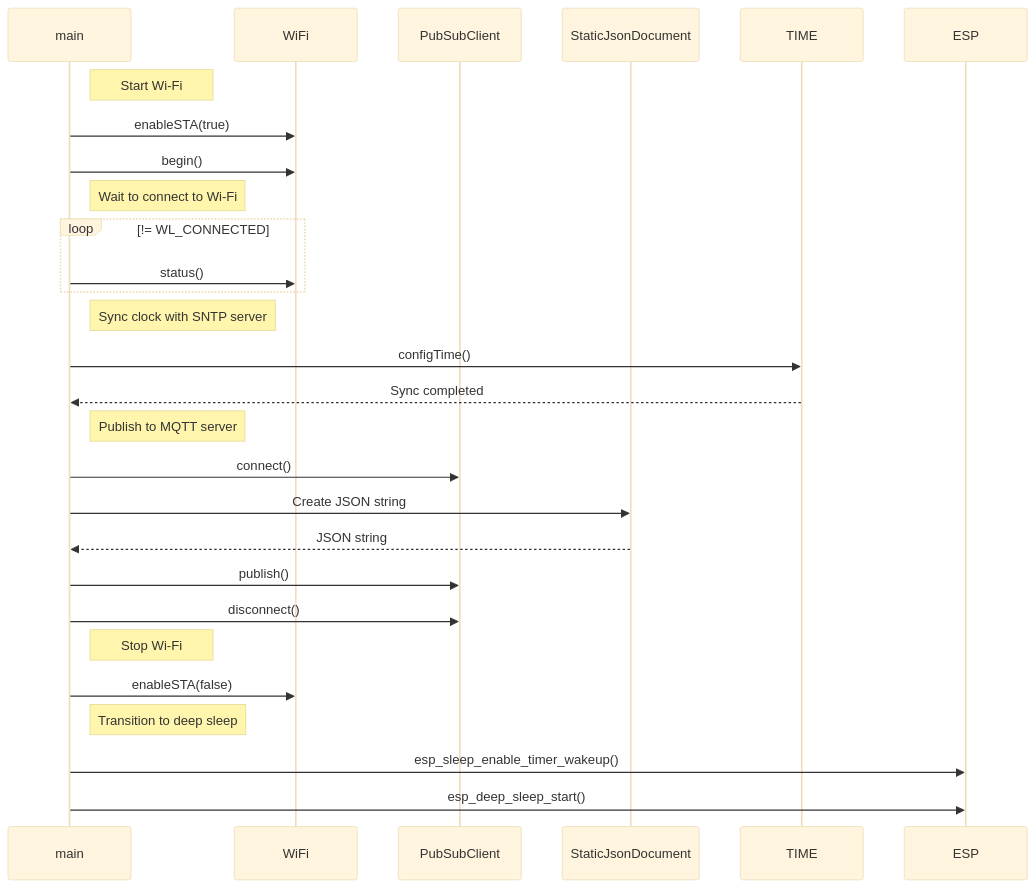
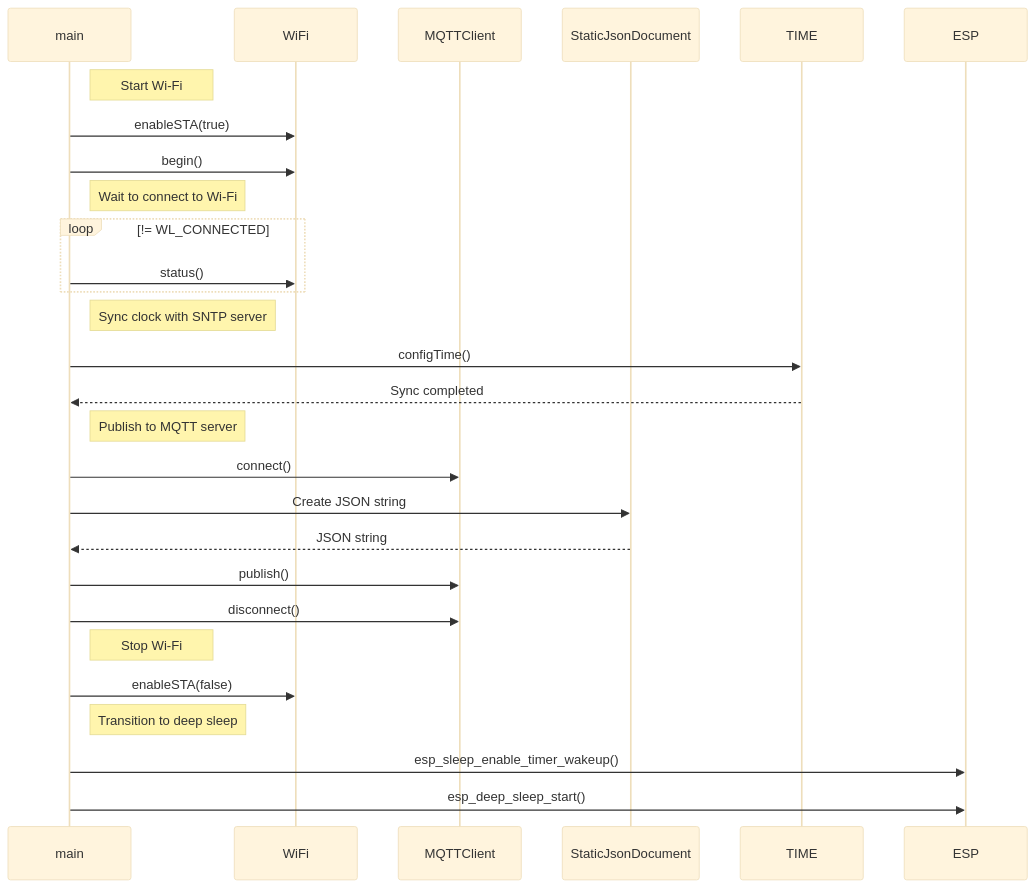
One commit to SeeedJP/xiaoesp32c3_examples changed the second of 2 diagrams in src/WiFi/MqttsPubClientLP/README.md. Above: the diagram before and after it, drawn with Mermaid (base theme). The commit also changed other lines of this file and 5 other files, not shown here.

````diff
--- a/src/WiFi/MqttsPubClientLP/README.md
+++ b/src/WiFi/MqttsPubClientLP/README.md
@@ -42,37 +42,37 @@
 ```mermaid
 
 sequenceDiagram
     participant main
     participant WiFi
-    participant PubSubClient
+    participant MQTTClient
     participant StaticJsonDocument
     participant TIME
     participant ESP
 
     note right of main: Start Wi-Fi
     main->>WiFi: enableSTA(true)
     main->>WiFi: begin()
 
     note right of main: Wait to connect to Wi-Fi
     loop != WL_CONNECTED
         main->>WiFi: status()
     end
 
     note right of main: Sync clock with SNTP server
     main->>TIME: configTime()
     TIME-->>main: Sync completed
 
     note right of main: Publish to MQTT server
-    main->>PubSubClient: connect()
+    main->>MQTTClient: connect()
     main->>StaticJsonDocument: Create JSON string
     StaticJsonDocument-->>main: JSON string
-    main->>PubSubClient: publish()
-    main->>PubSubClient: disconnect()
+    main->>MQTTClient: publish()
+    main->>MQTTClient: disconnect()
 
     note right of main: Stop Wi-Fi
     main->>WiFi: enableSTA(false)
 
     note right of main: Transition to deep sleep
     main->>ESP: esp_sleep_enable_timer_wakeup()
     main->>ESP: esp_deep_sleep_start()
 ```
````
